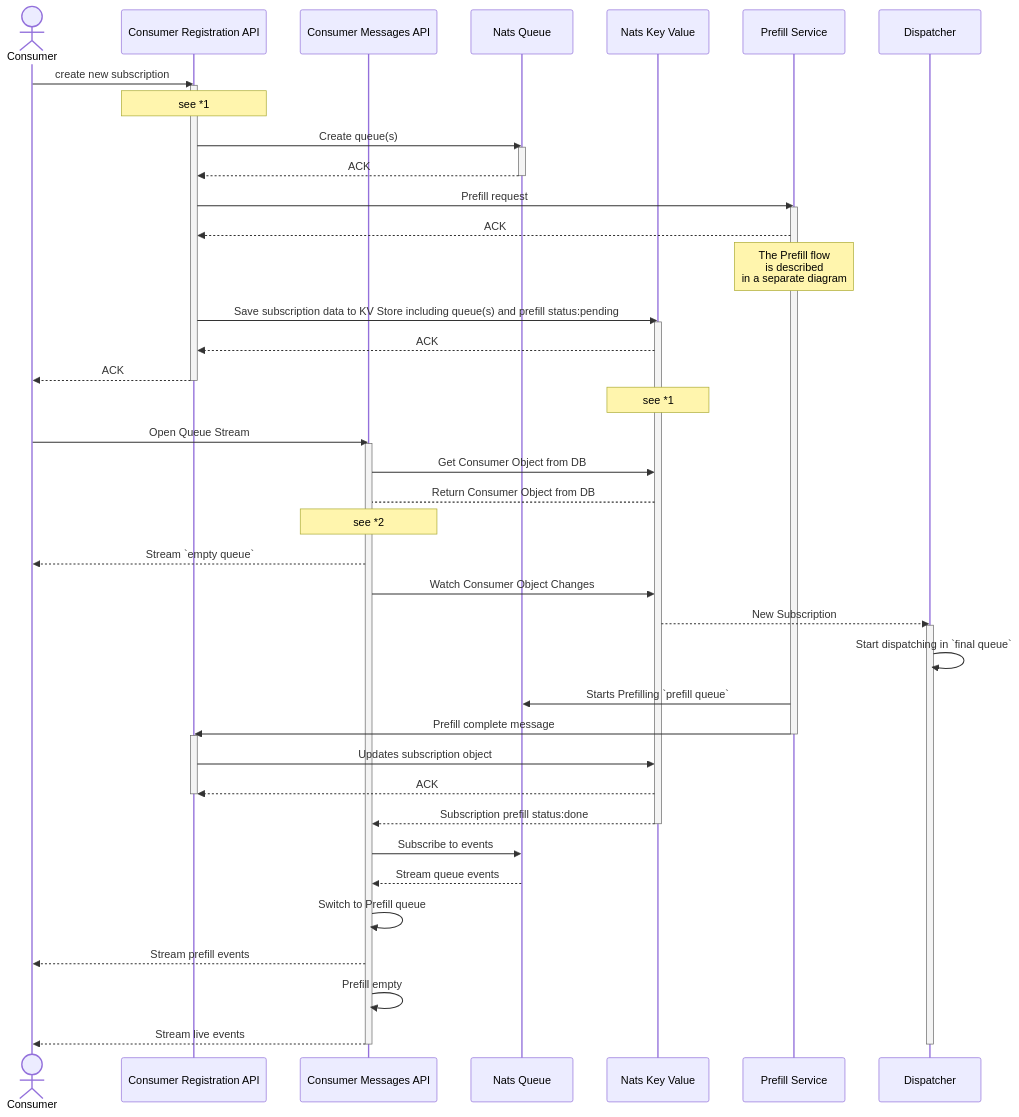
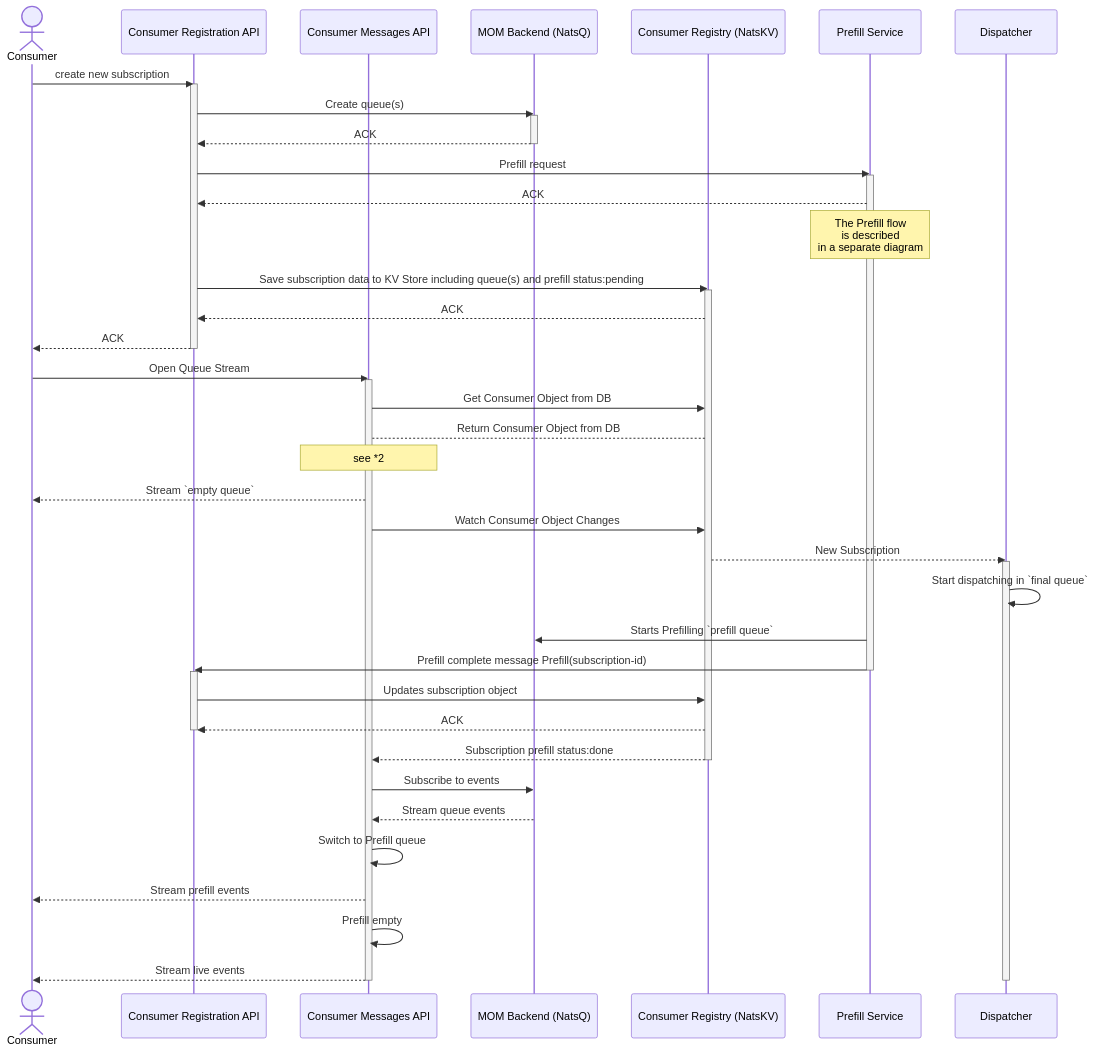
The second of 4 diagrams in docs/prefill/prefill-architecture.md (univention/provisioning-api), drawn with Mermaid before and after one commit. The commit also changed other lines of this file and 1 other file, not shown here.

````diff
--- a/docs/prefill/prefill-architecture.md
+++ b/docs/prefill/prefill-architecture.md
@@ -43,56 +51,54 @@
 ```mermaid
 sequenceDiagram
     actor Consumer
     participant ConsumerRegAPI as Consumer Registration API
     participant ConsumerMessagesAPI as Consumer Messages API
-    participant NatsQ as Nats Queue
-    participant NatsKV as Nats Key Value
+    participant NatsQ as MOM Backend (NatsQ)
+    participant NatsKV as Consumer Registry (NatsKV)
     participant PrefillService as Prefill Service
     participant Dispatcher
 
 
     Consumer->>ConsumerRegAPI: create new subscription
     activate ConsumerRegAPI
-    Note over ConsumerRegAPI: see *1
     ConsumerRegAPI->>NatsQ: Create queue(s)
     activate NatsQ
     NatsQ-->>ConsumerRegAPI: ACK
     deactivate NatsQ
     ConsumerRegAPI->>PrefillService: Prefill request
     activate PrefillService
     PrefillService-->>ConsumerRegAPI: ACK
     Note over PrefillService: The Prefill flow<br/>is described<br/> in a separate diagram
     ConsumerRegAPI->>NatsKV: Save subscription data to KV Store including queue(s) and prefill status:pending
     activate NatsKV
     NatsKV-->>ConsumerRegAPI: ACK
     ConsumerRegAPI-->>Consumer: ACK
     deactivate ConsumerRegAPI
-    Note over NatsKV: see *1
     Consumer->>ConsumerMessagesAPI: Open Queue Stream
     activate ConsumerMessagesAPI
     ConsumerMessagesAPI->>NatsKV: Get Consumer Object from DB
     NatsKV-->ConsumerMessagesAPI: Return Consumer Object from DB
     Note over ConsumerMessagesAPI: see *2
     ConsumerMessagesAPI-->>Consumer: Stream `empty queue`
     ConsumerMessagesAPI->>NatsKV: Watch Consumer Object Changes
     NatsKV-->>Dispatcher: New Subscription
     activate Dispatcher
     Dispatcher->>Dispatcher: Start dispatching in `final queue`
     PrefillService->>NatsQ: Starts Prefilling `prefill queue`
-    PrefillService->>ConsumerRegAPI: Prefill complete message
+    PrefillService->>ConsumerRegAPI: Prefill complete message Prefill(subscription-id)
     deactivate PrefillService
     activate ConsumerRegAPI
     ConsumerRegAPI->>NatsKV: Updates subscription object
     NatsKV-->>ConsumerRegAPI: ACK
     deactivate ConsumerRegAPI
     NatsKV-->>ConsumerMessagesAPI: Subscription prefill status:done
     deactivate NatsKV
     ConsumerMessagesAPI->>NatsQ: Subscribe to events
     NatsQ-->>ConsumerMessagesAPI: Stream queue events
     ConsumerMessagesAPI->>ConsumerMessagesAPI: Switch to Prefill queue
     ConsumerMessagesAPI-->>Consumer: Stream prefill events
     ConsumerMessagesAPI->>ConsumerMessagesAPI: Prefill empty
     ConsumerMessagesAPI-->>Consumer: Stream live events
     deactivate Dispatcher
     deactivate ConsumerMessagesAPI
 ```
````
